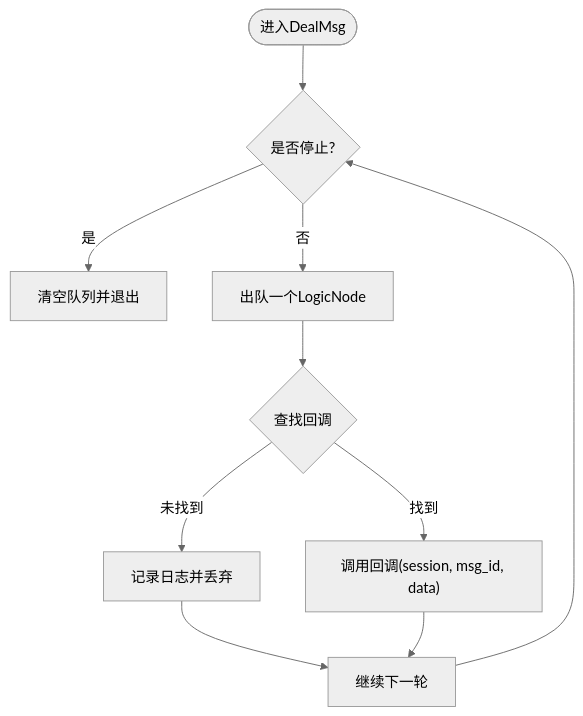
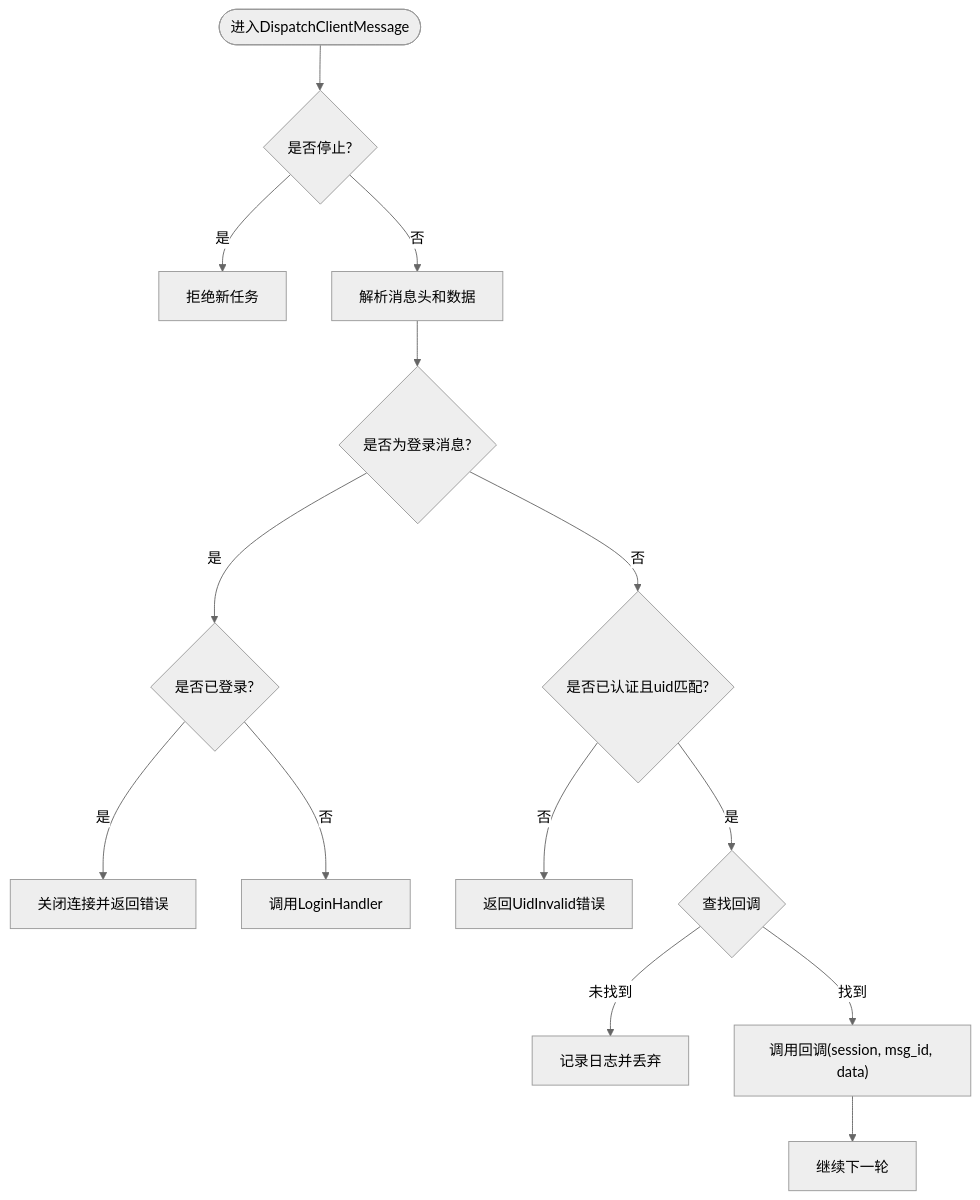
One commit to echo9923/mychatter changed the fifth of 13 diagrams in .qoder/repowiki/zh/content/架构设计/微服务架构设计/ChatServer聊天核心服务/聊天逻辑系统.md. Above: the diagram before and after it, drawn with Mermaid (neutral theme). The commit also changed other lines of this file and 54 other files, not shown here.

````diff
--- a/.qoder/repowiki/zh/content/架构设计/微服务架构设计/ChatServer聊天核心服务/聊天逻辑系统.md
+++ b/.qoder/repowiki/zh/content/架构设计/微服务架构设计/ChatServer聊天核心服务/聊天逻辑系统.md
@@ -158,11 +276,16 @@
 ```mermaid
 flowchart TD
-Start(["进入DealMsg"]) --> CheckStop{"是否停止?"}
-CheckStop --> |是| Drain["清空队列并退出"]
-CheckStop --> |否| Pop["出队一个LogicNode"]
-Pop --> FindCB{"查找回调"}
-FindCB --> |未找到| Log["记录日志并丢弃"] --> Next["继续下一轮"]
+Start(["进入DispatchClientMessage"]) --> CheckStop{"是否停止?"}
+CheckStop --> |是| Reject["拒绝新任务"]
+CheckStop --> |否| ParseMsg["解析消息头和数据"]
+ParseMsg --> ValidateLogin{"是否为登录消息?"}
+ValidateLogin --> |是| CheckLoginState{"是否已登录?"}
+CheckLoginState --> |是| CloseConn["关闭连接并返回错误"]
+CheckLoginState --> |否| CallHandler["调用LoginHandler"]
+ValidateLogin --> |否| CheckAuth{"是否已认证且uid匹配?"}
+CheckAuth --> |否| ReturnError["返回UidInvalid错误"]
+CheckAuth --> |是| FindCB{"查找回调"}
+FindCB --> |未找到| Log["记录日志并丢弃"]
 FindCB --> |找到| Invoke["调用回调(session, msg_id, data)"]
-Invoke --> Next
-Next --> CheckStop
+Invoke --> Next["继续下一轮"]
 ```
````
